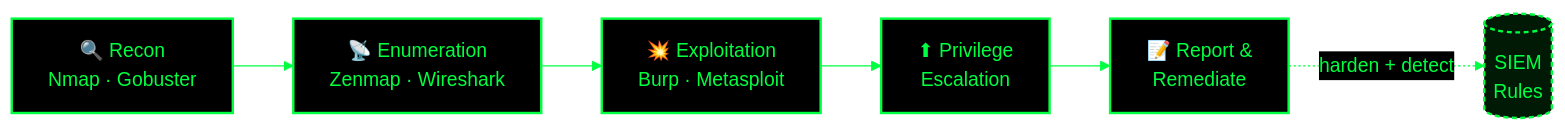
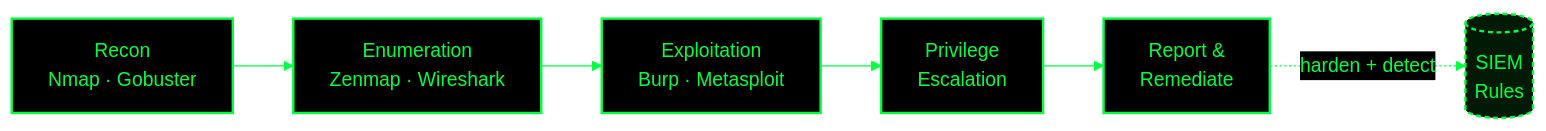
One commit to karabo17-x/karabo17-x changed the second of 5 diagrams in README.md. Above: the diagram before and after it, drawn with Mermaid. The commit also changed other lines of this file, not shown here.

````diff
--- a/README.md
+++ b/README.md
@@ -63,14 +64,14 @@
 ```mermaid
 %%{init: {'theme':'base','themeVariables':{'background':'#000000','primaryColor':'#000000','primaryTextColor':'#00ff41','primaryBorderColor':'#00ff41','lineColor':'#00ff41','secondaryColor':'#000000','tertiaryColor':'#000000','fontFamily':'Courier New, monospace'}}}%%
 flowchart LR
-    R["🔍 Recon<br/>Nmap · Gobuster"] --> E["📡 Enumeration<br/>Zenmap · Wireshark"]
-    E --> X["💥 Exploitation<br/>Burp · Metasploit"]
-    X --> P["⬆ Privilege<br/>Escalation"]
-    P --> REP["📝 Report &<br/>Remediate"]
+    R["Recon<br/>Nmap · Gobuster"] --> E["Enumeration<br/>Zenmap · Wireshark"]
+    E --> X["Exploitation<br/>Burp · Metasploit"]
+    X --> P["Privilege<br/>Escalation"]
+    P --> REP["Report &<br/>Remediate"]
     REP -.->|"harden + detect"| SIEM[("SIEM<br/>Rules")]
 
     classDef step fill:#000,stroke:#00ff41,stroke-width:2px,color:#00ff41;
     classDef sink fill:#001a06,stroke:#00ff41,stroke-width:2px,stroke-dasharray:4 3,color:#00ff41;
     class R,E,X,P,REP step;
     class SIEM sink;
 ```
````
